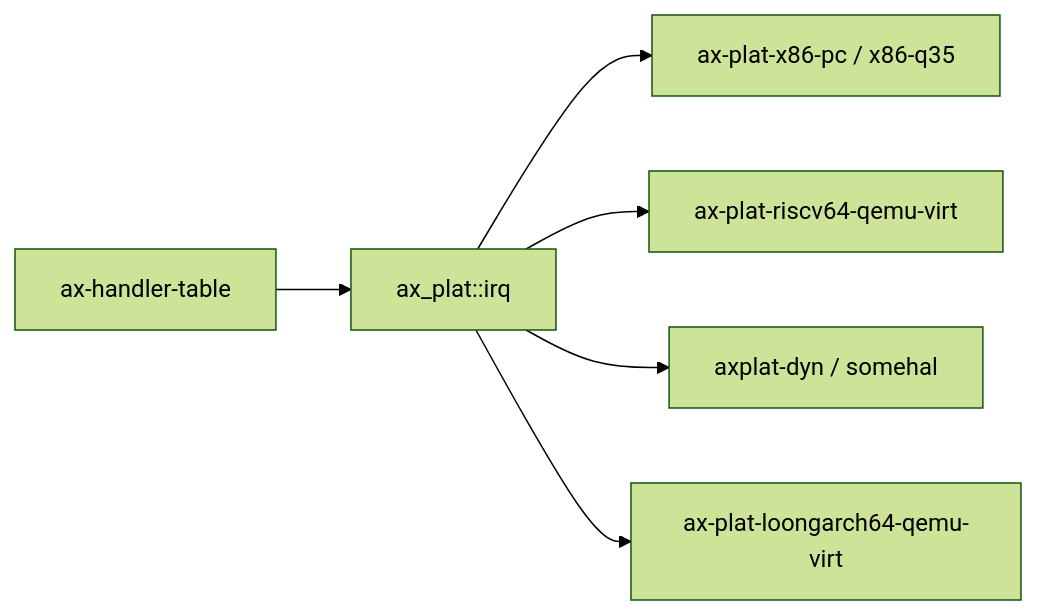
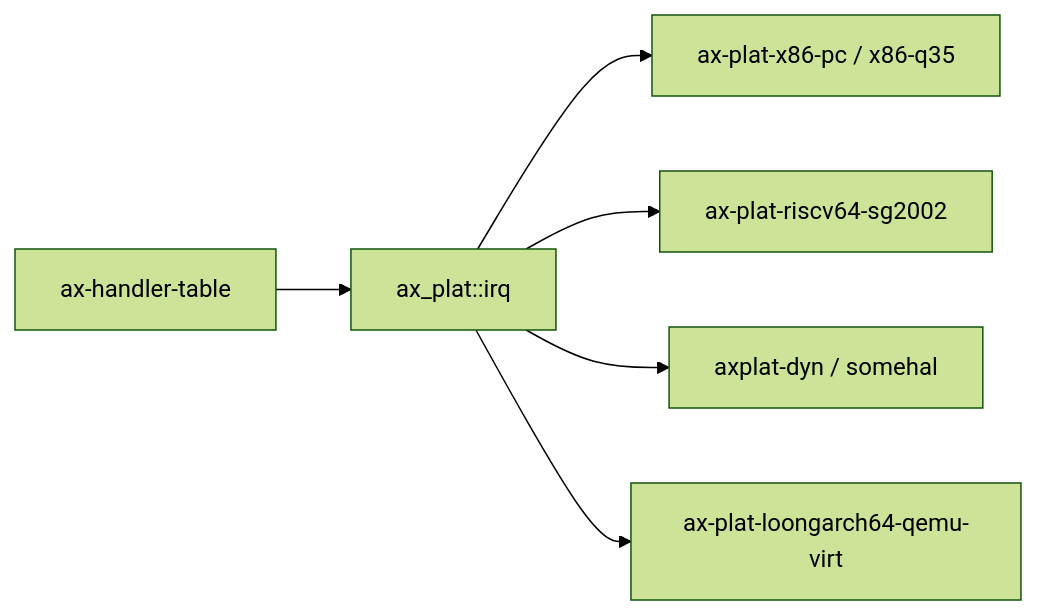
One commit to rcore-os/tgoskits changed the second of 2 diagrams in docs/docs/components/crates/ax-handler-table.md. Above: the diagram before and after it, drawn with Mermaid (forest theme). The commit also changed other lines of this file and 85 other files, not shown here.

Commit message:
chore(platform): remove static riscv64 qemu virt

````diff
--- a/docs/docs/components/crates/ax-handler-table.md
+++ b/docs/docs/components/crates/ax-handler-table.md
@@ -66,8 +66,8 @@
 ```mermaid
 graph LR
     ax_handler_table["ax-handler-table"] --> axplat["ax_plat::irq"]
     axplat --> x86["ax-plat-x86-pc / x86-q35"]
-    axplat --> riscv["ax-plat-riscv64-qemu-virt"]
+    axplat --> riscv["ax-plat-riscv64-sg2002"]
     axplat --> aarch64["axplat-dyn / somehal"]
     axplat --> loongarch["ax-plat-loongarch64-qemu-virt"]
 ```
````
